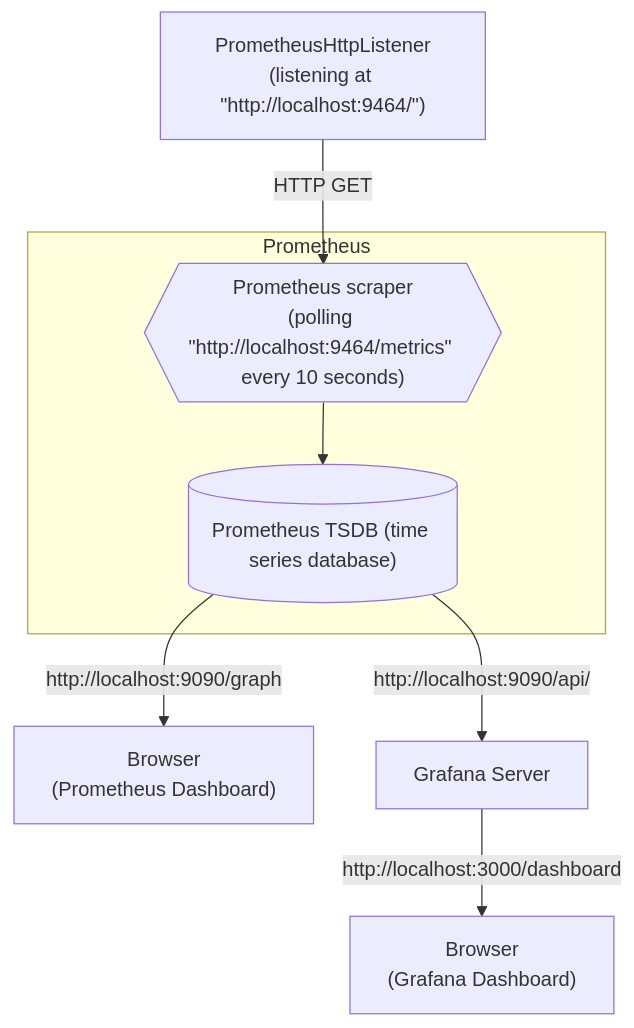
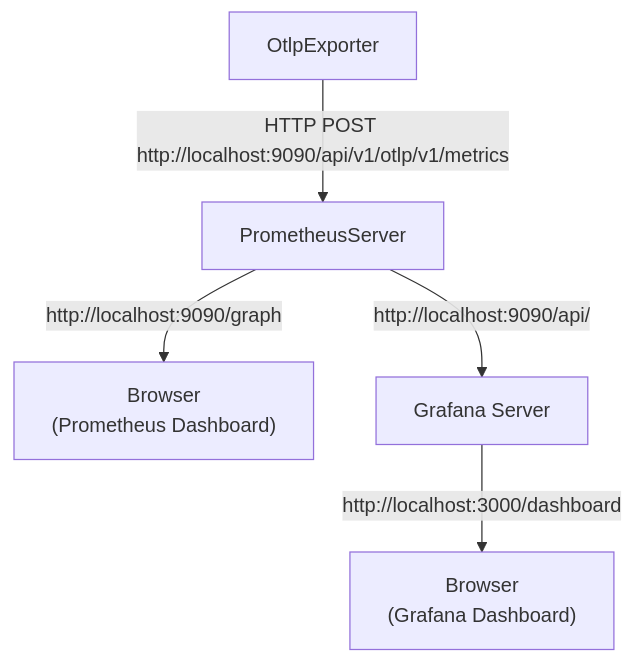
One commit to open-telemetry/opentelemetry-dotnet changed the third of 3 diagrams in docs/metrics/getting-started-prometheus-grafana/README.md. Above: the diagram before and after it, drawn with Mermaid. The commit also changed other lines of this file and 2 other files, not shown here.

````diff
--- a/docs/metrics/getting-started-prometheus-grafana/README.md
+++ b/docs/metrics/getting-started-prometheus-grafana/README.md
@@ -205,14 +231,9 @@
 ```mermaid
 graph TD
 
-subgraph Prometheus
-  PrometheusScraper
-  PrometheusDatabase
-end
 
-PrometheusHttpListener["PrometheusHttpListener<br/>(listening at #quot;http://localhost:9464/#quot;)"] -->|HTTP GET| PrometheusScraper{{"Prometheus scraper<br/>(polling #quot;http://localhost:9464/metrics#quot; every 10 seconds)"}}
-PrometheusScraper --> PrometheusDatabase[("Prometheus TSDB (time series database)")]
-PrometheusDatabase -->|http://localhost:9090/graph| PrometheusUI["Browser<br/>(Prometheus Dashboard)"]
-PrometheusDatabase -->|http://localhost:9090/api/| Grafana[Grafana Server]
+OtlpExporter -->|HTTP POST http://localhost:9090/api/v1/otlp/v1/metrics| PrometheusServer
+PrometheusServer -->|http://localhost:9090/graph| PrometheusUI["Browser<br/>(Prometheus Dashboard)"]
+PrometheusServer -->|http://localhost:9090/api/| Grafana[Grafana Server]
 Grafana -->|http://localhost:3000/dashboard| GrafanaUI["Browser<br/>(Grafana Dashboard)"]
 ```
````
